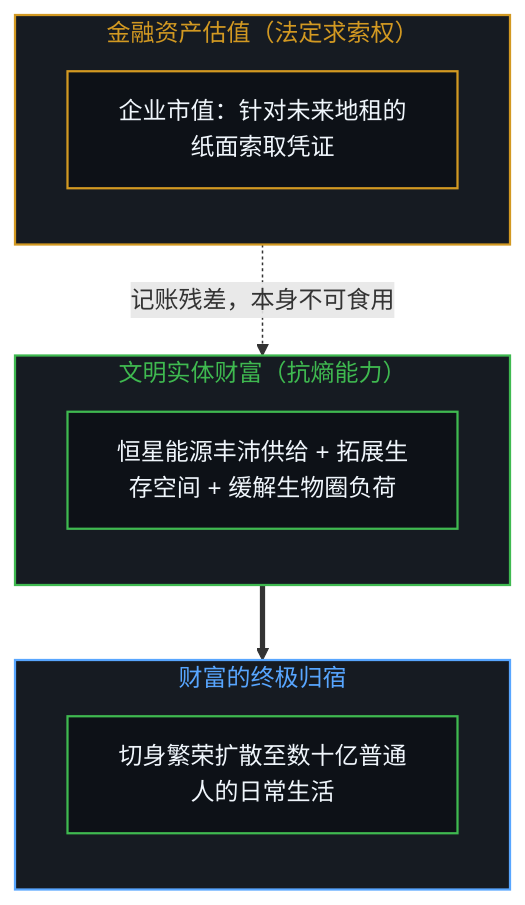
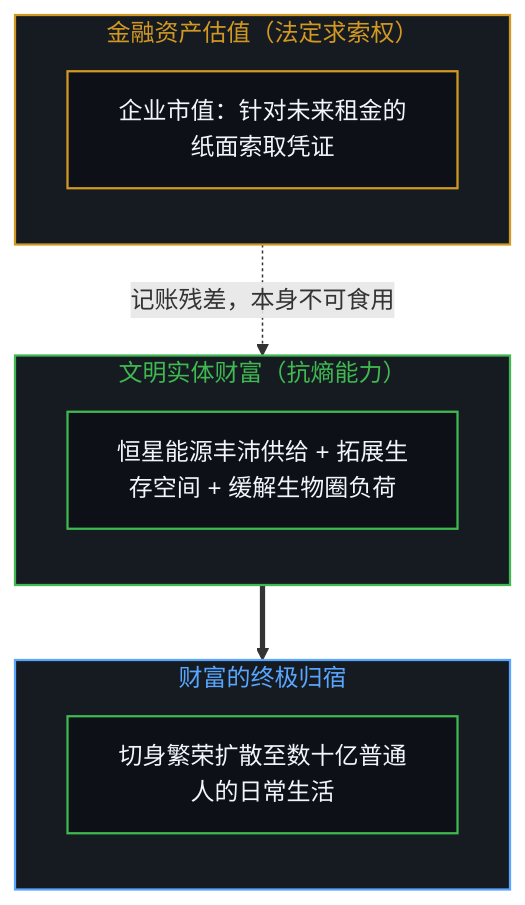
Diagram 13 of 14 in content/posts/beyond-the-hundred-trillion-horizon.md (powerpig99/not-a-toe), drawn with Mermaid before and after one commit. The commit also changed other lines of this file and 1 other file, not shown here.

````diff
--- a/content/posts/beyond-the-hundred-trillion-horizon.md
+++ b/content/posts/beyond-the-hundred-trillion-horizon.md
@@ -495,25 +495,25 @@
 ```mermaid
 flowchart TD
     classDef default fill:#0d1117,stroke:#30363d,stroke-width:1px,color:#f0f6fc;
     classDef mind fill:#0d1117,stroke:#3fb950,stroke-width:1.5px,color:#f0f6fc;
     classDef warn fill:#0d1117,stroke:#d29922,stroke-width:1.5px,color:#f0f6fc;
     classDef fail fill:#0d1117,stroke:#f85149,stroke-width:1.5px,color:#f0f6fc;
     classDef model fill:#0d1117,stroke:#58a6ff,stroke-width:1.5px,color:#f0f6fc;
     subgraph S_FINANCE_ZH ["金融资产估值（法定求索权）"]
         direction TB
-        EQUITY["企业市值：针对未来地租的纸面索取凭证"]:::warn
+        EQUITY["企业市值：针对未来租金的纸面索取凭证"]:::warn
     end
     subgraph S_REAL_ZH ["文明实体财富（抗熵能力）"]
         direction TB
         WEALTH["恒星能源丰沛供给 + 拓展生存空间 + 缓解生物圈负荷"]:::mind
     end
     subgraph S_DESTINY_ZH ["财富的终极归宿"]
         direction TB
         CIVILIZATION["切身繁荣扩散至数十亿普通人的日常生活"]:::mind
     end
     S_FINANCE_ZH -.->|"记账残差，本身不可食用"| S_REAL_ZH
     S_REAL_ZH ==> S_DESTINY_ZH
     style S_FINANCE_ZH fill:#161b22,stroke:#d29922,stroke-width:1.5px,color:#d29922
     style S_REAL_ZH fill:#161b22,stroke:#3fb950,stroke-width:1.5px,color:#3fb950
     style S_DESTINY_ZH fill:#161b22,stroke:#58a6ff,stroke-width:1.5px,color:#58a6ff
 ```
````
